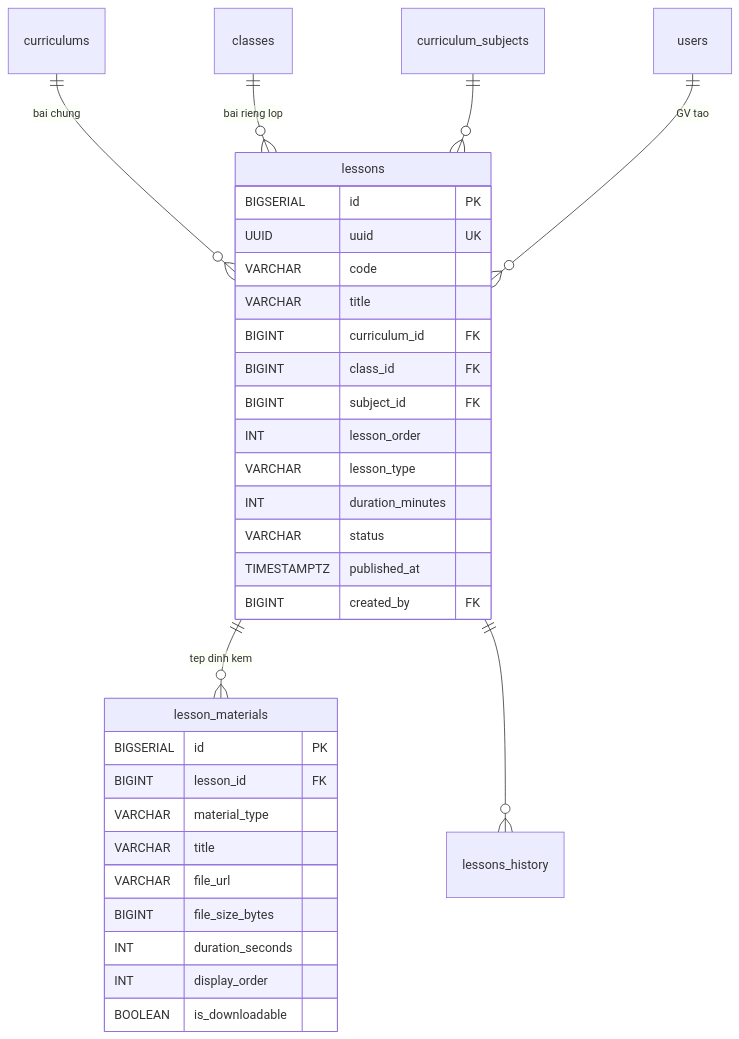
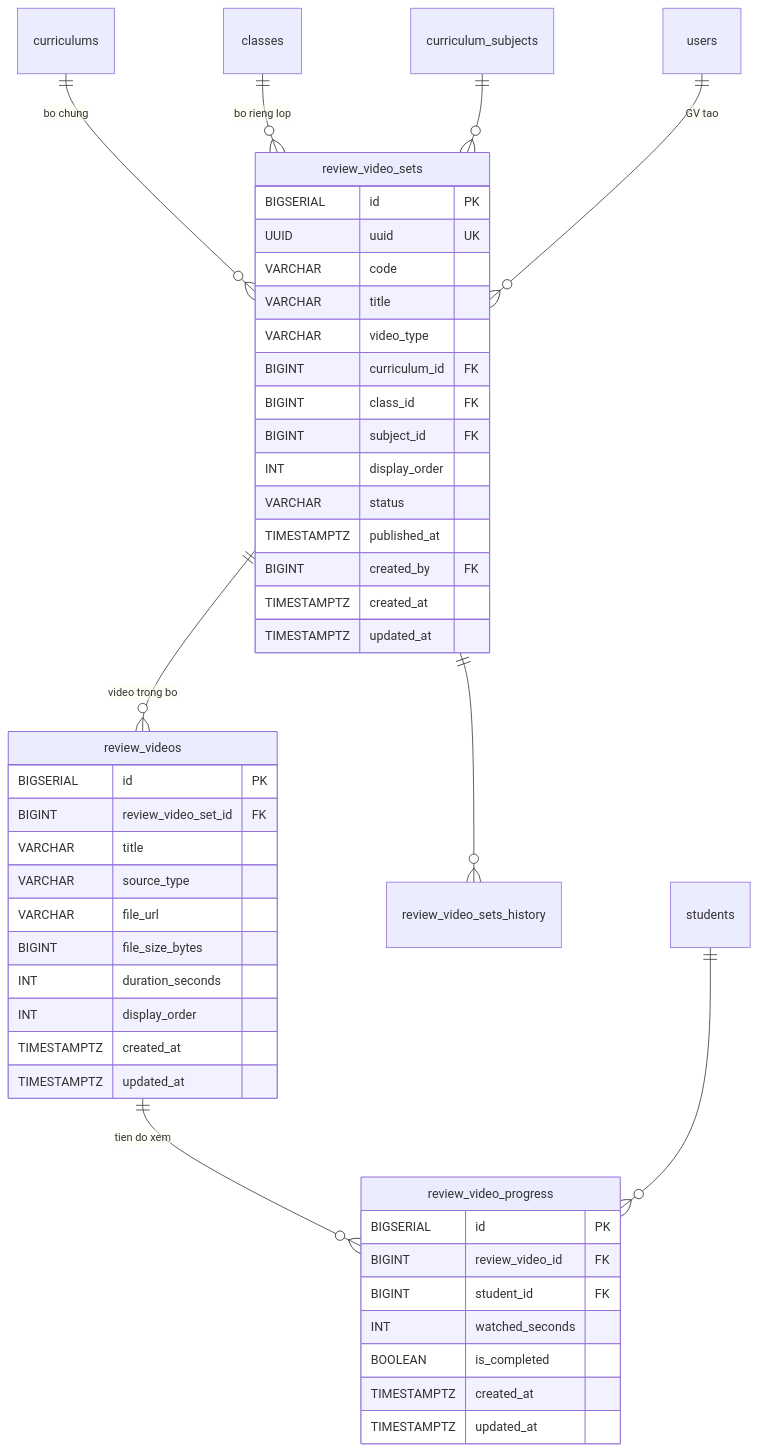
One commit to langtuananh2424/pps-education changed the diagram in docs/diagrams/erd/ERD-Nhom8A-BaiGiang.mmd. Above: the diagram before and after it, drawn with Mermaid. The commit also changed 45 other files, not shown here.

```diff
--- a/docs/diagrams/erd/ERD-Nhom8A-BaiGiang.mmd
+++ b/docs/diagrams/erd/ERD-Nhom8A-BaiGiang.mmd
@@ -1,35 +1,49 @@
 erDiagram
-    curriculums ||--o{ lessons : "bai chung"
-    classes ||--o{ lessons : "bai rieng lop"
-    lessons ||--o{ lesson_materials : "tep dinh kem"
-    lessons ||--o{ lessons_history : ""
-    curriculum_subjects ||--o{ lessons : ""
-    users ||--o{ lessons : "GV tao"
+    curriculums ||--o{ review_video_sets : "bo chung"
+    classes ||--o{ review_video_sets : "bo rieng lop"
+    review_video_sets ||--o{ review_videos : "video trong bo"
+    review_video_sets ||--o{ review_video_sets_history : ""
+    curriculum_subjects ||--o{ review_video_sets : ""
+    users ||--o{ review_video_sets : "GV tao"
+    review_videos ||--o{ review_video_progress : "tien do xem"
+    students ||--o{ review_video_progress : ""
 
-    lessons {
+    review_video_sets {
         BIGSERIAL id PK
         UUID uuid UK
         VARCHAR code
         VARCHAR title
+        VARCHAR video_type
         BIGINT curriculum_id FK
         BIGINT class_id FK
         BIGINT subject_id FK
-        INT lesson_order
-        VARCHAR lesson_type
-        INT duration_minutes
+        INT display_order
         VARCHAR status
         TIMESTAMPTZ published_at
         BIGINT created_by FK
+        TIMESTAMPTZ created_at
+        TIMESTAMPTZ updated_at
     }
 
-    lesson_materials {
+    review_videos {
         BIGSERIAL id PK
-        BIGINT lesson_id FK
-        VARCHAR material_type
+        BIGINT review_video_set_id FK
         VARCHAR title
+        VARCHAR source_type
         VARCHAR file_url
         BIGINT file_size_bytes
         INT duration_seconds
         INT display_order
-        BOOLEAN is_downloadable
+        TIMESTAMPTZ created_at
+        TIMESTAMPTZ updated_at
     }
+
+    review_video_progress {
+        BIGSERIAL id PK
+        BIGINT review_video_id FK
+        BIGINT student_id FK
+        INT watched_seconds
+        BOOLEAN is_completed
+        TIMESTAMPTZ created_at
+        TIMESTAMPTZ updated_at
+    }
```
